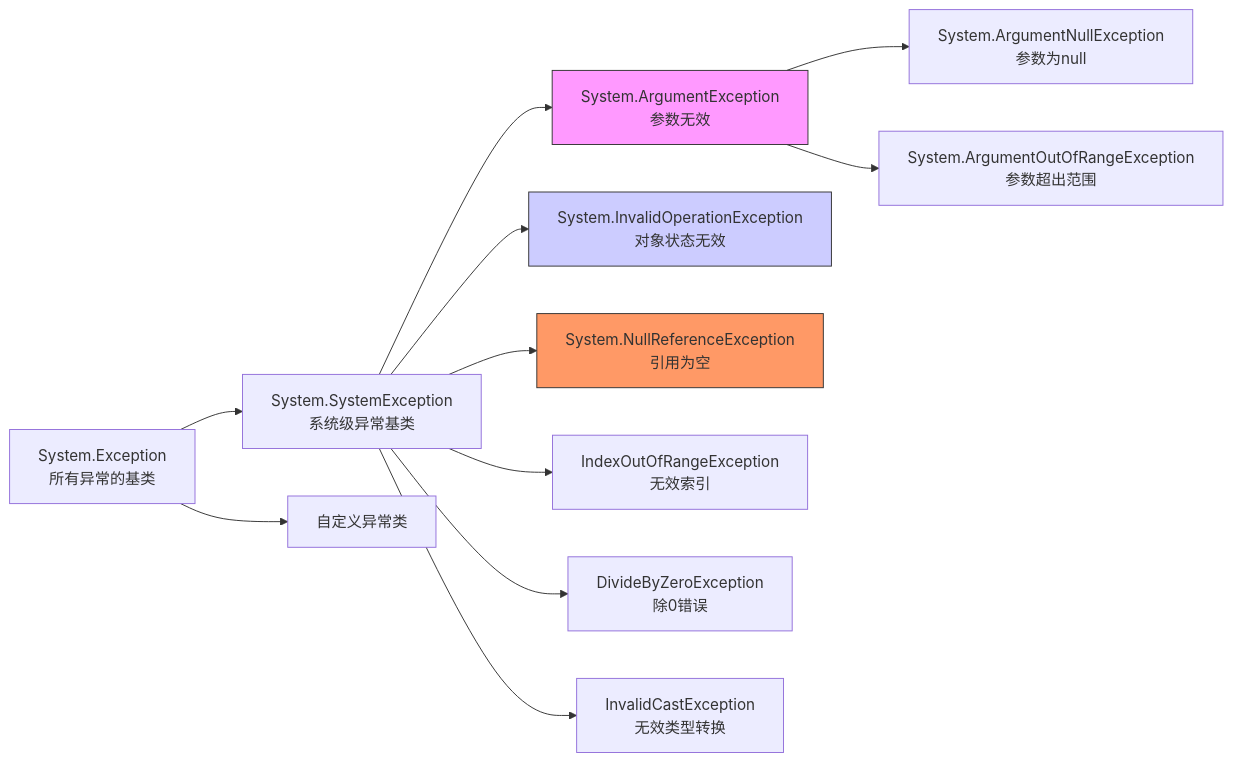
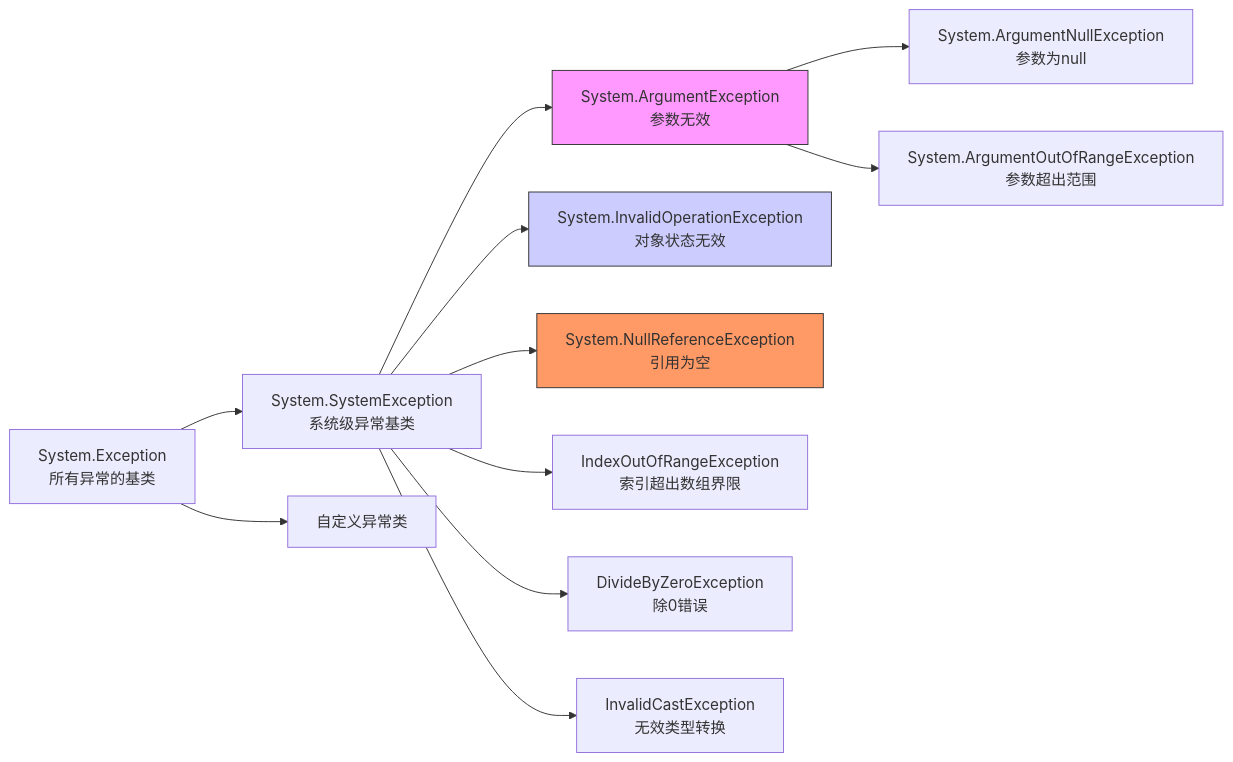
Before and after one commit to xiaoYoc/CSharp-Learning-Notes-In-a-Nutshell: the eighth of 11 diagrams in Readme.md, drawn with Mermaid. The commit also changed other lines of this file and 3 other files, not shown here.

````diff
--- a/Readme.md
+++ b/Readme.md
@@ -1616,17 +1620,17 @@
 ```mermaid
 flowchart LR
     A[System.Exception<br/>所有异常的基类] --> B[System.SystemException<br/>系统级异常基类]
     A --> A1[自定义异常类]
     B --> C[System.ArgumentException<br/>参数无效]
     C --> D[System.ArgumentNullException<br/>参数为null]
     C --> E[System.ArgumentOutOfRangeException<br/>参数超出范围]
     
     B --> F[System.InvalidOperationException<br/>对象状态无效]
     B --> J[System.NullReferenceException<br/>引用为空]
-    B -->H[IndexOutOfRangeException<br/>无效索引]
+    B -->H[IndexOutOfRangeException<br/>索引超出数组界限]
     B-->I[DivideByZeroException<br/>除0错误]
     B -->L[InvalidCastException<br/>无效类型转换]
     style C fill:#f9f,stroke:#333
     style F fill:#ccf,stroke:#333
     style J fill:#f96,stroke:#333
 ```
````
